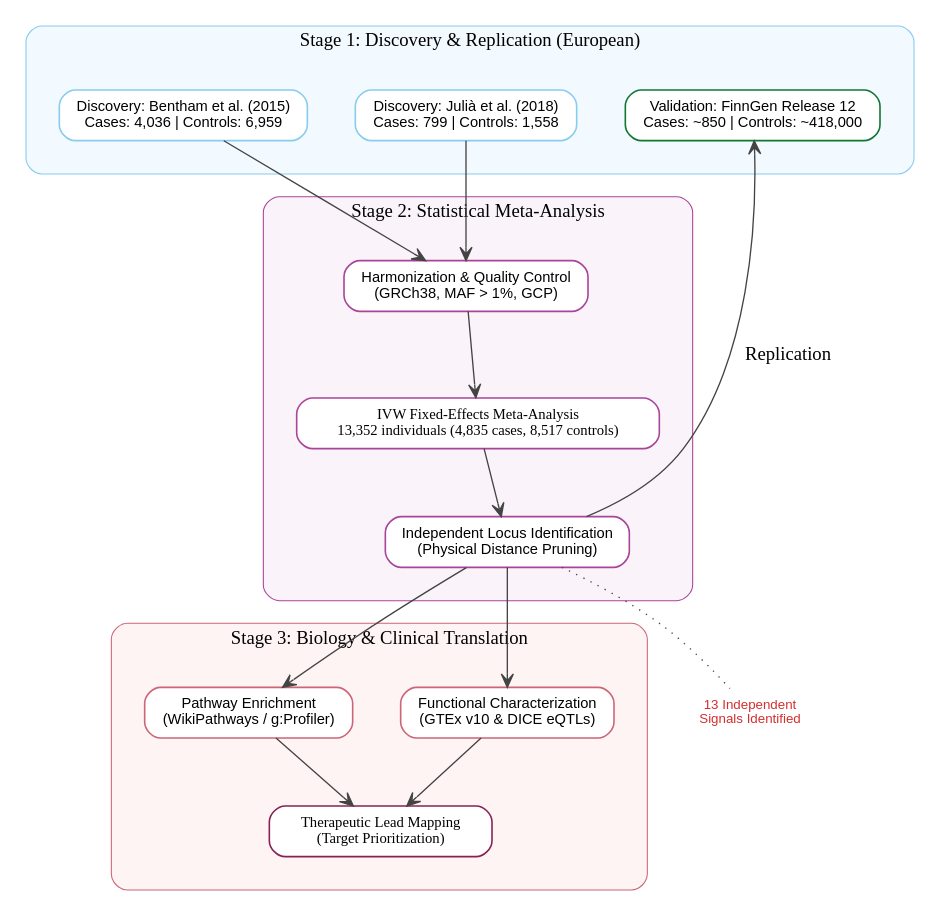
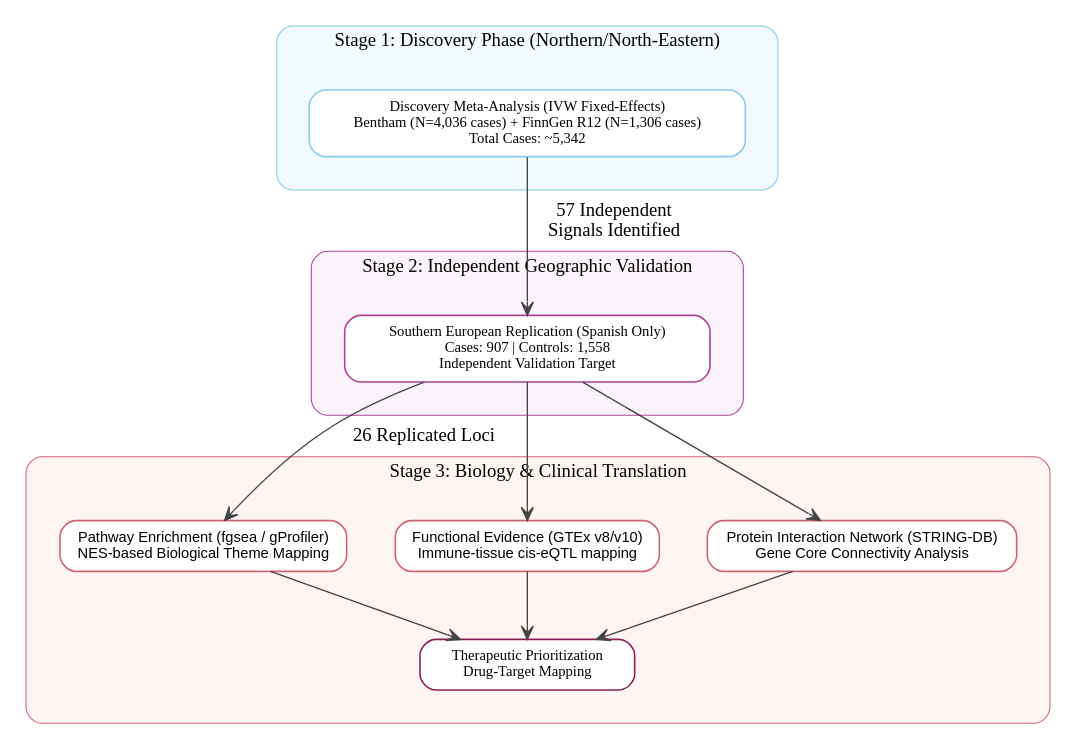
One commit to vijayachitrabio/SLE_MetaAnalysis changed the diagram in figures/project_pipeline.dot. Above: the diagram before and after it, drawn with Graphviz. The commit also changed 87 other files, not shown here.

Commit message:
Final Manuscript Update: 13-step pipeline, novelty verification, and premium eQTL/Locus visualizations.

```diff
--- a/figures/project_pipeline.dot
+++ b/figures/project_pipeline.dot
@@ -1,58 +1,47 @@
 digraph SLE_Publication_Pipeline {
     // --- Global Aesthetics (Optimized for Publication) ---
     graph [rankdir=TB, nodesep=0.5, ranksep=0.7, fontname="Arial", 
            labeljust="c", labelloc="t", compound=true, penwidth=0.8];
     node [fontname="Arial", fontsize=11, style="filled,rounded", shape=box, margin="0.2,0.1", penwidth=1.2];
     edge [color="#444444", arrowhead=vee, arrowsize=1.0, penwidth=1.0];
 
-    // --- Stage 1: Input Data ---
+    // --- Stage 1: Discovery Phase (Northern Europe) ---
     subgraph cluster_1 {
-        label = "Stage 1: Discovery & Replication (European)";
+        label = "Stage 1: Discovery Phase (Northern/North-Eastern)";
         labeljust="c"; labelloc="t"; fontname="Arial Bold"; fontsize=14;
         color="#88CCEE"; style="rounded,filled"; fillcolor="#F2F9FF"; margin=25;
 
-        bentham [label="Discovery: Bentham et al. (2015)\nCases: 4,036 | Controls: 6,959", fillcolor="#FFFFFF", color="#88CCEE"];
-        julia   [label="Discovery: Julià et al. (2018)\nCases: 799 | Controls: 1,558",    fillcolor="#FFFFFF", color="#88CCEE"];
-        finngen [label="Validation: FinnGen Release 12\nCases: ~850 | Controls: ~418,000", fillcolor="#FFFFFF", color="#117733"];
+        discovery [label="Discovery Meta-Analysis (IVW Fixed-Effects)\nBentham (N=4,036 cases) + FinnGen R12 (N=1,306 cases)\nTotal Cases: ~5,342", fillcolor="#FFFFFF", color="#88CCEE", fontname="Arial Bold"];
     }
 
-    // --- Stage 2: Meta-Analysis ---
+    // --- Stage 2: Independent Validation (Southern Europe) ---
     subgraph cluster_2 {
-        label = "Stage 2: Statistical Meta-Analysis";
+        label = "Stage 2: Independent Geographic Validation";
         labeljust="c"; labelloc="t"; fontname="Arial Bold"; fontsize=14;
         color="#AA4499"; style="rounded,filled"; fillcolor="#FAF4FA"; margin=25;
 
-        qc      [label="Harmonization & Quality Control\n(GRCh38, MAF > 1%, GCP)", fillcolor="#FFFFFF", color="#AA4499"];
-        meta    [label="IVW Fixed-Effects Meta-Analysis\n13,352 individuals (4,835 cases, 8,517 controls)", fillcolor="#FFFFFF", color="#AA4499", fontname="Arial Bold"];
-        pruning [label="Independent Locus Identification\n(Physical Distance Pruning)",  fillcolor="#FFFFFF", color="#AA4499"];
+        replication [label="Southern European Replication (Spanish Only)\nCases: 907 | Controls: 1,558\nIndependent Validation Target", fillcolor="#FFFFFF", color="#AA4499", fontname="Arial Bold"];
     }
 
-    // --- Stage 3: Biology & Clinical Translation ---
+    // --- Stage 3: Functional & Clinical Translation ---
     subgraph cluster_3 {
         label = "Stage 3: Biology & Clinical Translation";
         labeljust="c"; labelloc="t"; fontname="Arial Bold"; fontsize=14;
         color="#CC6677"; style="rounded,filled"; fillcolor="#FFF4F4"; margin=25;
 
-        enrich  [label="Pathway Enrichment\n(WikiPathways / g:Profiler)", fillcolor="#FFFFFF", color="#CC6677"];
-        eqtl    [label="Functional Characterization\n(GTEx v10 & DICE eQTLs)",    fillcolor="#FFFFFF", color="#CC6677"];
-        drug    [label="Therapeutic Lead Mapping\n(Target Prioritization)",       fillcolor="#FFFFFF", color="#882255", fontname="Arial Bold"];
+        enrich  [label="Pathway Enrichment (fgsea / gProfiler)\nNES-based Biological Theme Mapping", fillcolor="#FFFFFF", color="#CC6677"];
+        eqtl    [label="Functional Evidence (GTEx v8/v10)\nImmune-tissue cis-eQTL mapping",    fillcolor="#FFFFFF", color="#CC6677"];
+        ppi     [label="Protein Interaction Network (STRING-DB)\nGene Core Connectivity Analysis", fillcolor="#FFFFFF", color="#CC6677"];
+        drug    [label="Therapeutic Prioritization\nDrug-Target Mapping",       fillcolor="#FFFFFF", color="#882255", fontname="Arial Bold"];
     }
 
     // --- Flow Logic ---
-    bentham -> qc;
-    julia   -> qc;
-    
-    qc      -> meta;
-    meta    -> pruning;
-
-    pruning -> finngen [label=" Replication"];
-    pruning -> enrich;
-    pruning -> eqtl;
+    discovery -> replication [label=" 57 Independent\n Signals Identified"];
+    replication -> enrich [label=" 26 Replicated Loci"];
+    replication -> eqtl;
+    replication -> ppi;
 
     enrich  -> drug;
     eqtl    -> drug;
-
-    // Loci count annotation
-    loci_note [shape=none, label="13 Independent\nSignals Identified", fontcolor="#d32f2f", fontsize=10, fillcolor=none, style=none];
-    pruning -> loci_note [style=dotted, arrowhead=none];
+    ppi     -> drug;
 }
```
